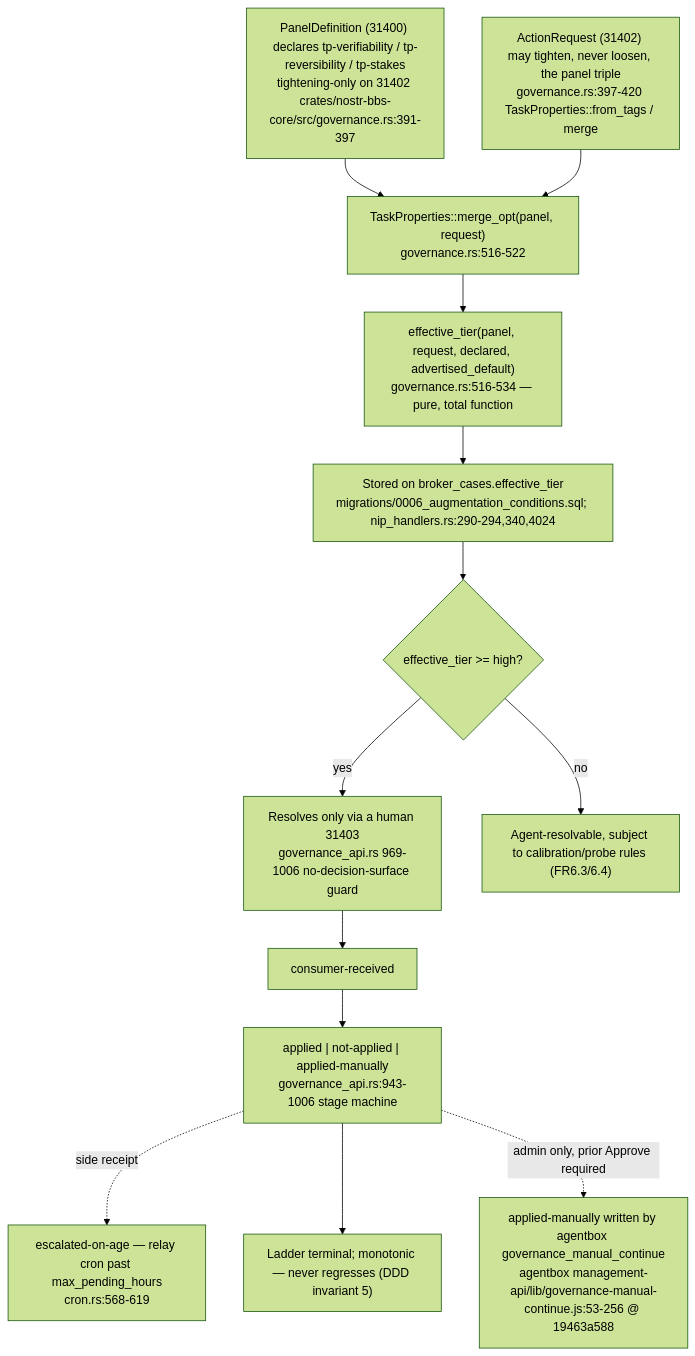
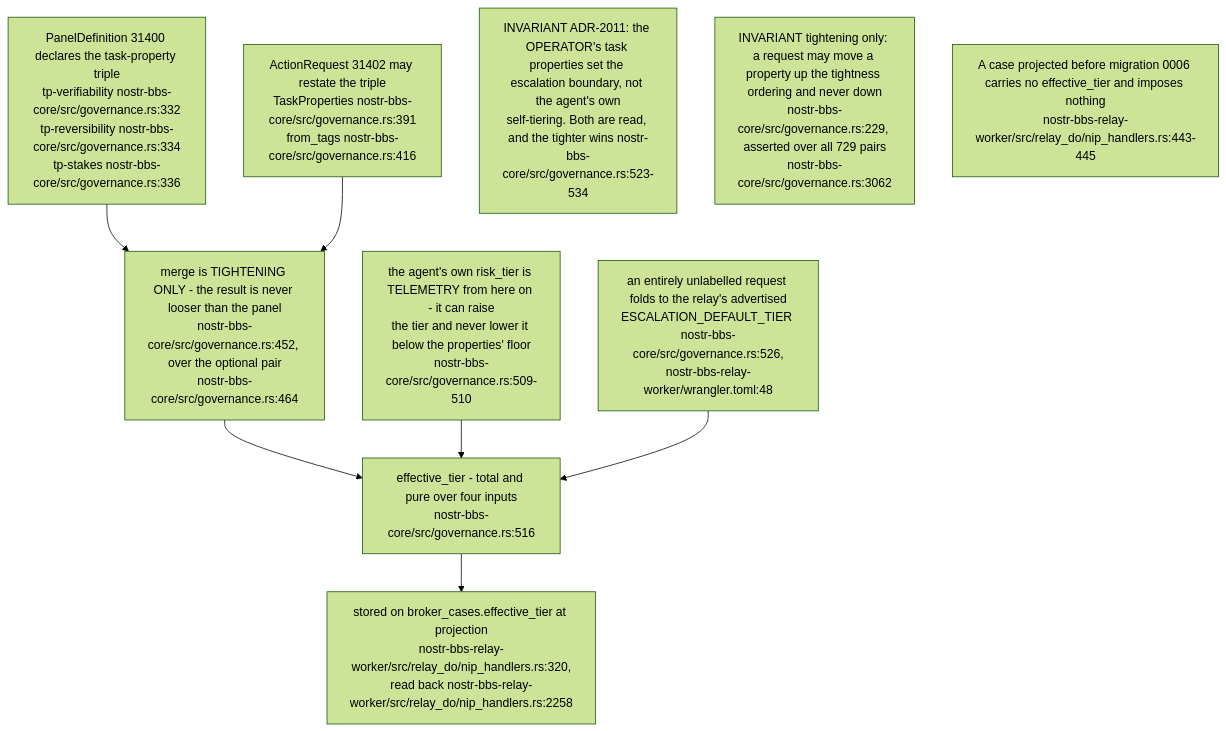
One commit to DreamLab-AI/VisionFlow changed diagram 12 of 15 in docs/diagrams/nostr-rust-forum/06-agent-control-surface-31400-31405.md. Above: the diagram before and after it, drawn with Mermaid (forest theme). The commit also changed other lines of this file and 11 other files, not shown here.

````diff
--- a/docs/diagrams/nostr-rust-forum/06-agent-control-surface-31400-31405.md
+++ b/docs/diagrams/nostr-rust-forum/06-agent-control-surface-31400-31405.md
@@ -318,17 +326,21 @@
 ```mermaid
 flowchart TB
-    PANEL["PanelDefinition (31400) declares tp-verifiability / tp-reversibility / tp-stakes<br/>tightening-only on 31402 crates/nostr-bbs-core/src/governance.rs:391-397"]
-    REQUEST["ActionRequest (31402) may tighten, never loosen, the panel triple<br/>governance.rs:397-420 TaskProperties::from_tags / merge"]
+    PANEL["PanelDefinition 31400 declares the task-property triple<br/>tp-verifiability nostr-bbs-core/src/governance.rs:332<br/>tp-reversibility nostr-bbs-core/src/governance.rs:334<br/>tp-stakes nostr-bbs-core/src/governance.rs:336"]
+    REQUEST["ActionRequest 31402 may restate the triple<br/>TaskProperties nostr-bbs-core/src/governance.rs:391<br/>from_tags nostr-bbs-core/src/governance.rs:416"]
+    MERGE["merge is TIGHTENING ONLY - the result is never looser than the panel<br/>nostr-bbs-core/src/governance.rs:452, over the optional pair<br/>nostr-bbs-core/src/governance.rs:464"]
+    TIER["effective_tier - total and pure over four inputs<br/>nostr-bbs-core/src/governance.rs:516"]
+    DECL["the agent's own risk_tier is TELEMETRY from here on - it can raise<br/>the tier and never lower it below the properties' floor<br/>nostr-bbs-core/src/governance.rs:509-510"]
+    DEF["an entirely unlabelled request folds to the relay's advertised<br/>ESCALATION_DEFAULT_TIER nostr-bbs-core/src/governance.rs:526,<br/>nostr-bbs-relay-worker/wrangler.toml:48"]
+    STORE["stored on broker_cases.effective_tier at projection<br/>nostr-bbs-relay-worker/src/relay_do/nip_handlers.rs:320,<br/>read back nostr-bbs-relay-worker/src/relay_do/nip_handlers.rs:2258"]
+
     PANEL --> MERGE
     REQUEST --> MERGE
-    MERGE["TaskProperties::merge_opt(panel, request)<br/>governance.rs:516-522"] --> TIER
-    TIER["effective_tier(panel, request, declared, advertised_default)<br/>governance.rs:516-534 — pure, total function"] --> STORE["Stored on broker_cases.effective_tier<br/>migrations/0006_augmentation_conditions.sql; nip_handlers.rs:290-294,340,4024"]
-    STORE --> GATE{"effective_tier >= high?"}
-    GATE -- yes --> HUMAN["Resolves only via a human 31403<br/>governance_api.rs 969-1006 no-decision-surface guard"]
-    GATE -- no --> AGENT["Agent-resolvable, subject to calibration/probe rules (FR6.3/6.4)"]
-    HUMAN --> RECEIPT1["consumer-received"]
-    RECEIPT1 --> RECEIPT2["applied | not-applied | applied-manually<br/>governance_api.rs:943-1006 stage machine"]
-    RECEIPT2 -.side receipt.-> AGE["escalated-on-age — relay cron past max_pending_hours<br/>cron.rs:568-619"]
-    RECEIPT2 --> DONE["Ladder terminal; monotonic — never regresses (DDD invariant 5)"]
-    RECEIPT2 -. admin only, prior Approve required .-> MANUAL["applied-manually written by agentbox governance_manual_continue<br/>agentbox management-api/lib/governance-manual-continue.js:53-256 @ 19463a588"]
+    MERGE --> TIER
+    DECL --> TIER
+    DEF --> TIER
+    TIER --> STORE
+
+    N1["INVARIANT ADR-2011: the OPERATOR's task properties set the escalation boundary, not the agent's own<br/>self-tiering. Both are read, and the tighter wins nostr-bbs-core/src/governance.rs:523-534"]
+    N2["INVARIANT tightening only: a request may move a property up the tightness ordering and never down<br/>nostr-bbs-core/src/governance.rs:229, asserted over all 729 pairs<br/>nostr-bbs-core/src/governance.rs:3062"]
+    N3["A case projected before migration 0006 carries no effective_tier and imposes nothing<br/>nostr-bbs-relay-worker/src/relay_do/nip_handlers.rs:443-445"]
 ```
````
